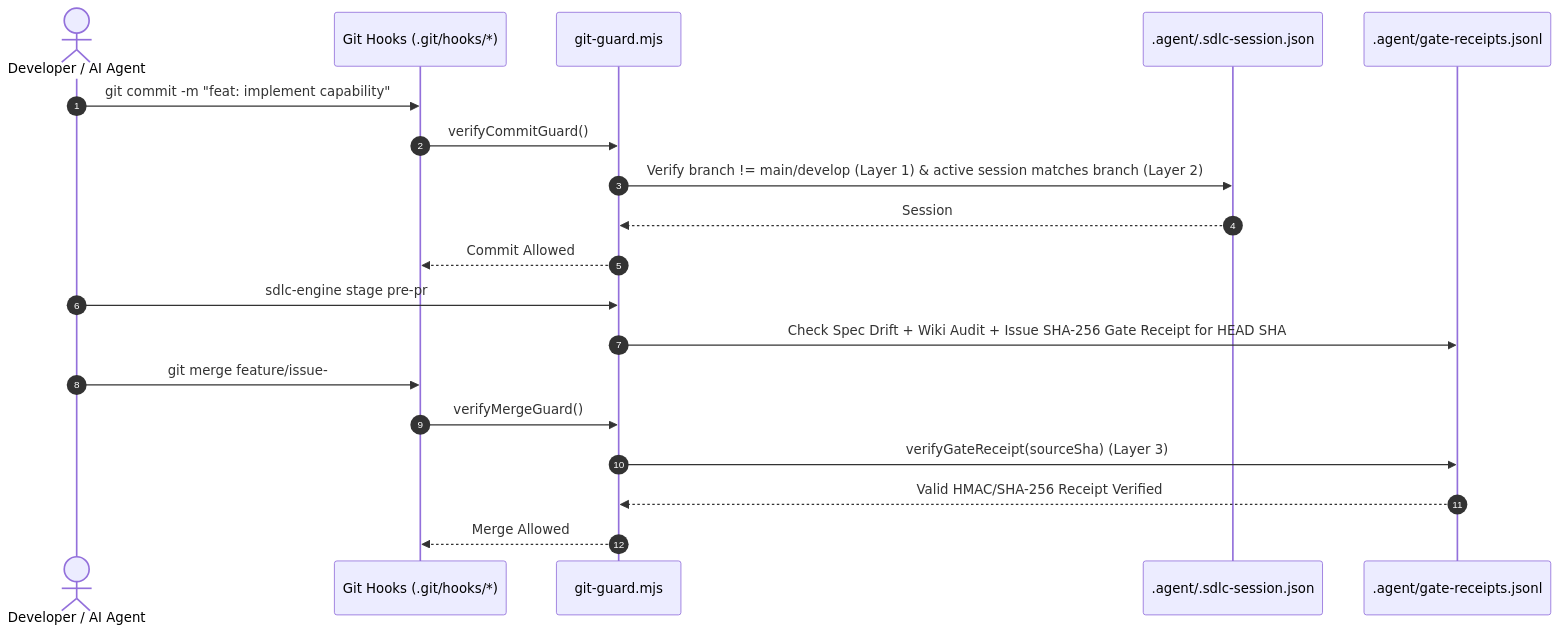
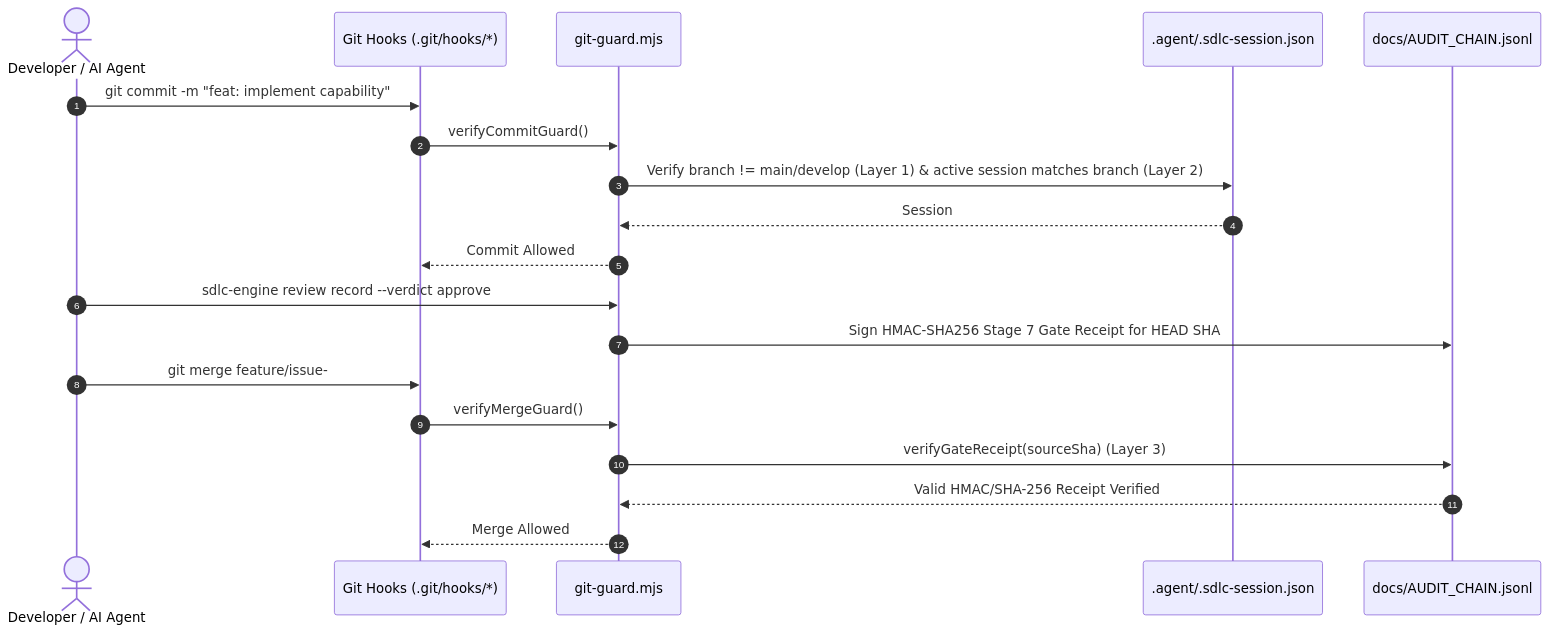
Before and after one commit to fmatar/sealit: the second of 2 diagrams in wiki/Architecture.md, drawn with Mermaid. The commit also changed other lines of this file and 35 other files, not shown here.

````diff
--- a/wiki/Architecture.md
+++ b/wiki/Architecture.md
@@ -83,24 +83,24 @@
 ```mermaid
 sequenceDiagram
     autonumber
     actor Dev as Developer / AI Agent
     participant Git as Git Hooks (.git/hooks/*)
     participant Guard as git-guard.mjs
     participant Session as .agent/.sdlc-session.json
-    participant Ledger as .agent/gate-receipts.jsonl
+    participant Ledger as docs/AUDIT_CHAIN.jsonl
 
     Dev->>Git: git commit -m "feat: implement capability"
     Git->>Guard: verifyCommitGuard()
     Guard->>Session: Verify branch != main/develop (Layer 1) & active session matches branch (Layer 2)
     Session-->>Guard: Session #90 Active (Stage >= 2)
     Guard-->>Git: Commit Allowed
 
-    Dev->>Guard: sdlc-engine stage pre-pr
-    Guard->>Ledger: Check Spec Drift + Wiki Audit + Issue SHA-256 Gate Receipt for HEAD SHA
+    Dev->>Guard: sdlc-engine review record --verdict approve
+    Guard->>Ledger: Sign HMAC-SHA256 Stage 7 Gate Receipt for HEAD SHA
 
     Dev->>Git: git merge feature/issue-#90 into main
     Git->>Guard: verifyMergeGuard()
     Guard->>Ledger: verifyGateReceipt(sourceSha) (Layer 3)
     Ledger-->>Guard: Valid HMAC/SHA-256 Receipt Verified
     Guard-->>Git: Merge Allowed
 ```
````
